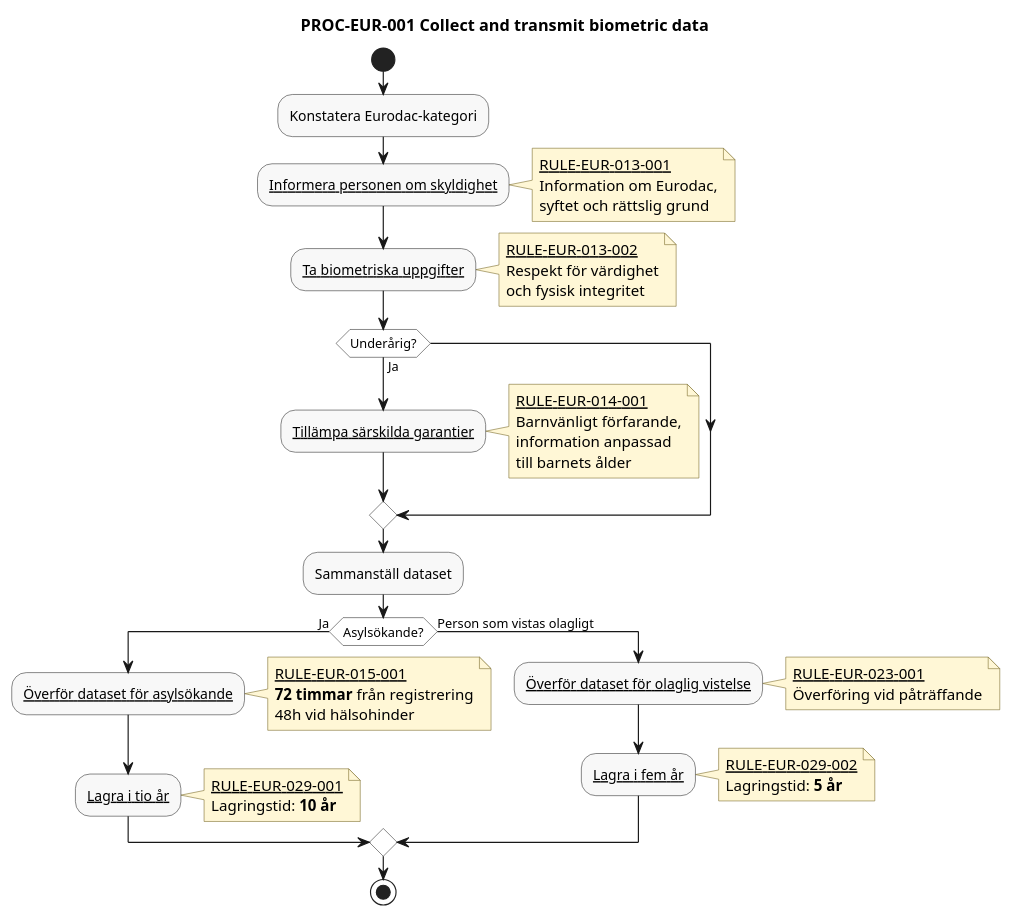
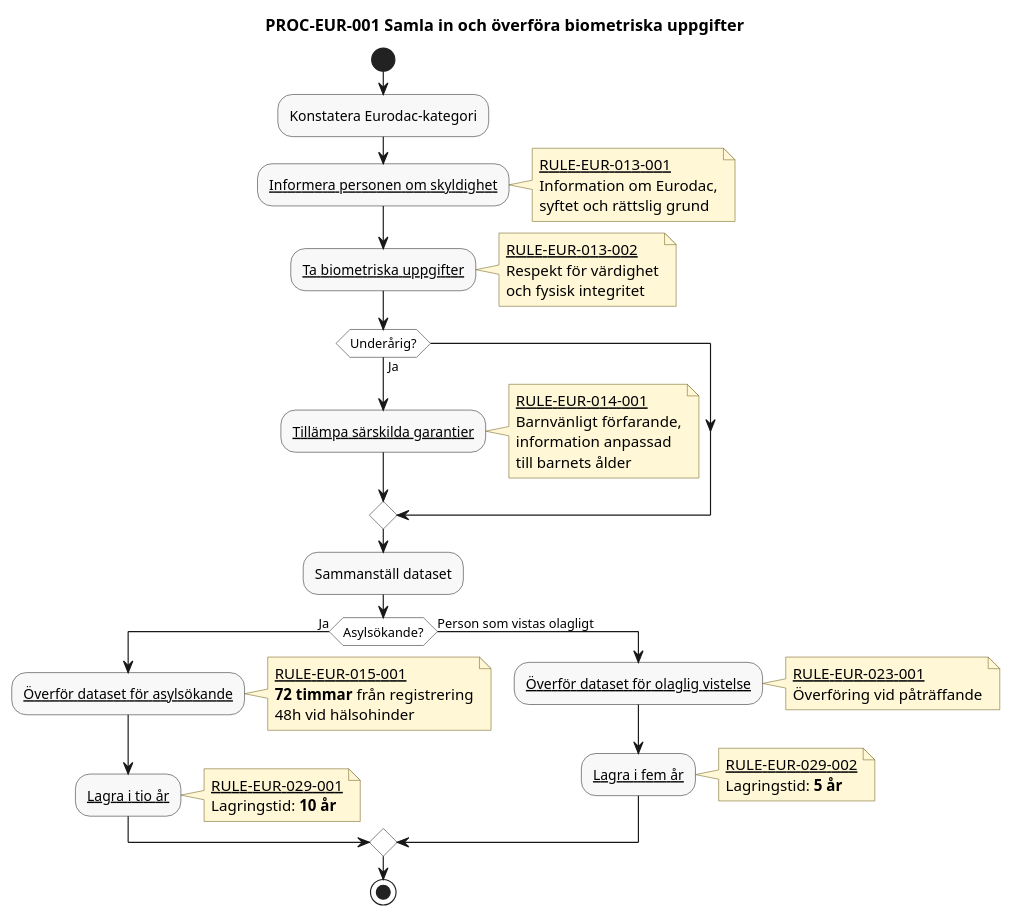
The diagram in docs/domains/eurodac/diagrams/collect-and-transmit-biometric-data.pu (chrhe894/migration_pact), drawn with PlantUML before and after one commit. The commit also changed other lines of this file and 225 other files, not shown here.

```diff
--- a/docs/domains/eurodac/diagrams/collect-and-transmit-biometric-data.pu
+++ b/docs/domains/eurodac/diagrams/collect-and-transmit-biometric-data.pu
@@ -17,77 +17,77 @@
 @startuml collect-and-transmit-biometric-data
 
-title PROC-EUR-001 Collect and transmit biometric data
+title PROC-EUR-001 Samla in och överföra biometriska uppgifter
 
 skinparam shadowing false
 skinparam HyperlinkColor Black
 skinparam HyperlinkUnderline true
 skinparam defaultFontName Arial
 skinparam activity {
   BackgroundColor #F8F8F8
   BorderColor #333333
   DiamondBackgroundColor #FFFFFF
   DiamondBorderColor #333333
 }
 skinparam note {
   BackgroundColor #FFF7D6
   BorderColor #7A6A2A
 }
 
 start
 
 :Konstatera Eurodac-kategori;
 
 :[[../rules/rule-eur-013-001.md Informera personen om skyldighet]];
 note right
   [[../rules/rule-eur-013-001.md RULE-EUR-013-001]]
   Information om Eurodac,
   syftet och rättslig grund
 end note
 
 :[[../rules/rule-eur-013-001.md Ta biometriska uppgifter]];
 note right
   [[../rules/rule-eur-013-002.md RULE-EUR-013-002]]
   Respekt för värdighet
   och fysisk integritet
 end note
 
 if (Underårig?) then (Ja)
   :[[../rules/rule-eur-014-001.md Tillämpa särskilda garantier]];
   note right
     [[../rules/rule-eur-014-001.md RULE-EUR-014-001]]
     Barnvänligt förfarande,
     information anpassad
     till barnets ålder
   end note
 endif
 
 :Sammanställ dataset;
 
 if (Asylsökande?) then (Ja)
   :[[../rules/rule-eur-015-001.md Överför dataset för asylsökande]];
   note right
     [[../rules/rule-eur-015-001.md RULE-EUR-015-001]]
     **72 timmar** från registrering
     48h vid hälsohinder
   end note
   :[[../rules/rule-eur-029-001.md Lagra i tio år]];
   note right
     [[../rules/rule-eur-029-001.md RULE-EUR-029-001]]
     Lagringstid: **10 år**
   end note
 else (Person som vistas olagligt)
   :[[../rules/rule-eur-023-001.md Överför dataset för olaglig vistelse]];
   note right
     [[../rules/rule-eur-023-001.md RULE-EUR-023-001]]
     Överföring vid påträffande
   end note
   :[[../rules/rule-eur-029-002.md Lagra i fem år]];
   note right
     [[../rules/rule-eur-029-002.md RULE-EUR-029-002]]
     Lagringstid: **5 år**
   end note
 endif
 
 stop
 
 @enduml
```
